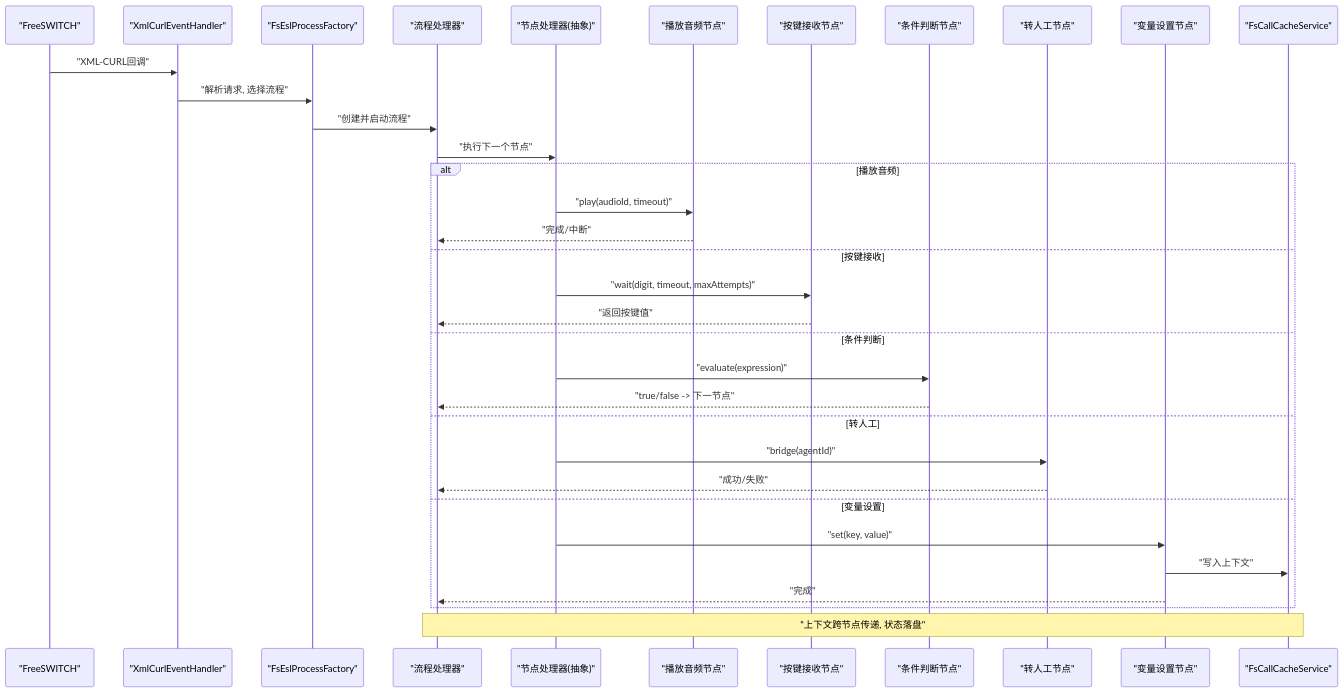
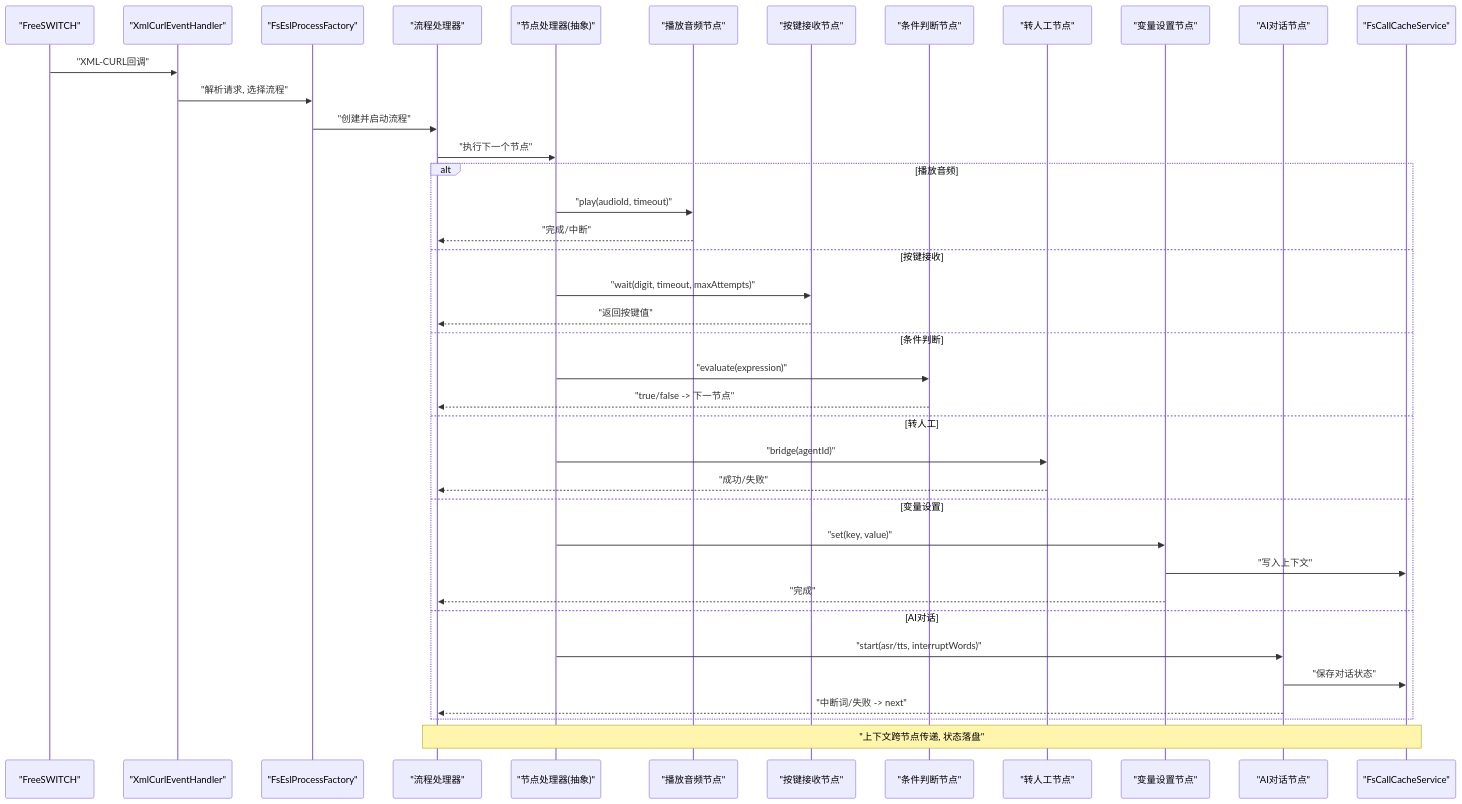
The second of 11 diagrams in .qoder/repowiki/zh/content/IVR流程系统/节点处理器/节点处理器.md (D2Moqi/open-ipcc), drawn with Mermaid before and after one commit. The commit also changed other lines of this file and 577 other files, not shown here.

````diff
--- a/.qoder/repowiki/zh/content/IVR流程系统/节点处理器/节点处理器.md
+++ b/.qoder/repowiki/zh/content/IVR流程系统/节点处理器/节点处理器.md
@@ -117,36 +123,41 @@
 ```mermaid
 sequenceDiagram
 participant FS as "FreeSWITCH"
 participant XML as "XmlCurlEventHandler"
 participant Factory as "FsEslProcessFactory"
 participant Flow as "流程处理器"
 participant Node as "节点处理器(抽象)"
 participant Audio as "播放音频节点"
 participant DTMF as "按键接收节点"
 participant Cond as "条件判断节点"
 participant Agent as "转人工节点"
 participant Var as "变量设置节点"
+participant AI as "AI对话节点"
 participant Cache as "FsCallCacheService"
 FS->>XML : "XML-CURL回调"
 XML->>Factory : "解析请求, 选择流程"
 Factory->>Flow : "创建并启动流程"
 Flow->>Node : "执行下一个节点"
 alt 播放音频
 Node->>Audio : "play(audioId, timeout)"
 Audio-->>Flow : "完成/中断"
 else 按键接收
 Node->>DTMF : "wait(digit, timeout, maxAttempts)"
 DTMF-->>Flow : "返回按键值"
 else 条件判断
 Node->>Cond : "evaluate(expression)"
 Cond-->>Flow : "true/false -> 下一节点"
 else 转人工
 Node->>Agent : "bridge(agentId)"
 Agent-->>Flow : "成功/失败"
 else 变量设置
 Node->>Var : "set(key, value)"
 Var->>Cache : "写入上下文"
 Var-->>Flow : "完成"
+else AI对话
+Node->>AI : "start(asr/tts, interruptWords)"
+AI->>Cache : "保存对话状态"
+AI-->>Flow : "中断词/失败 -> next"
 end
 Note over Flow,Cache : "上下文跨节点传递, 状态落盘"
 ```
````
